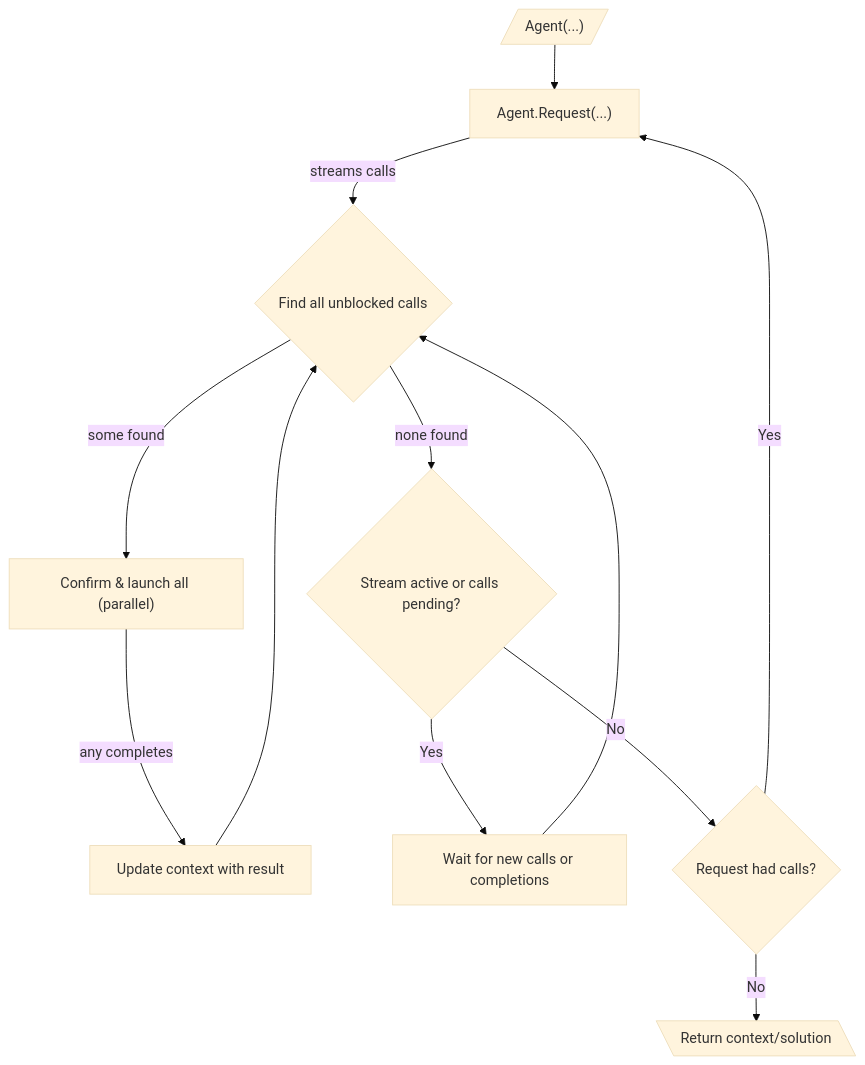
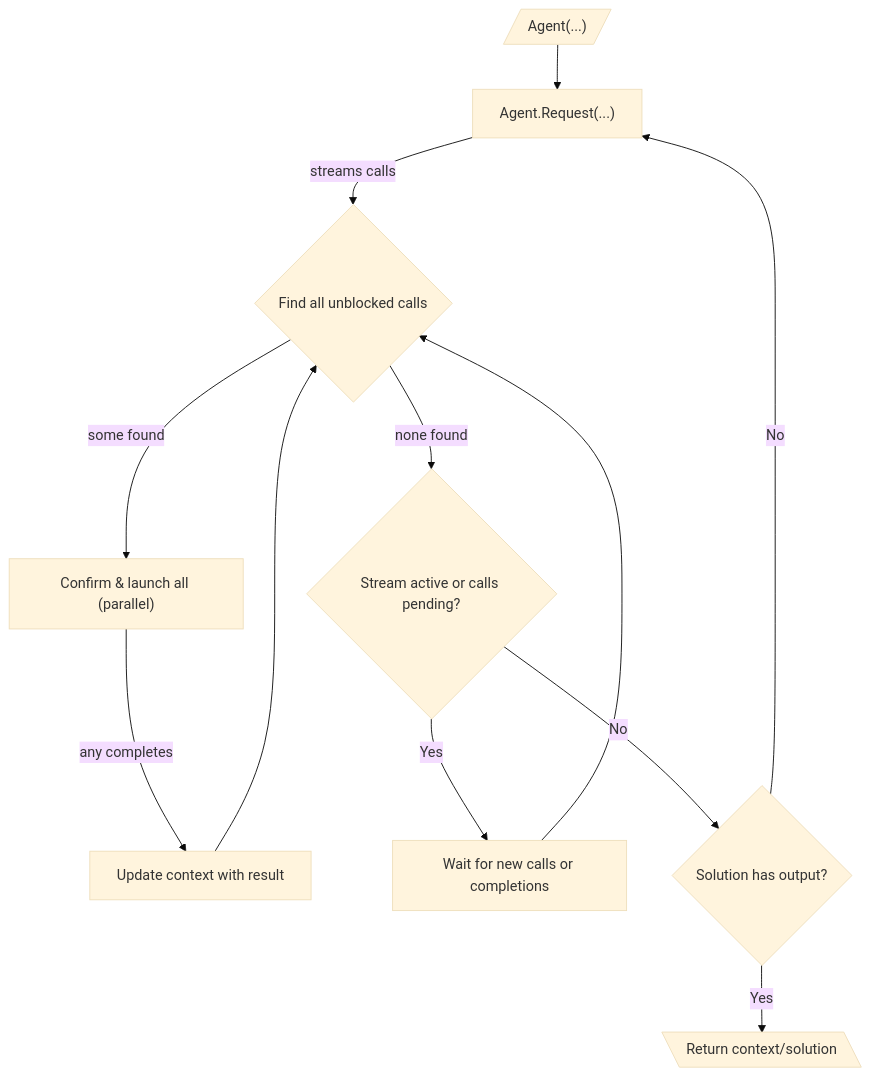
The diagram in acts/010_agent_loop.md (idealic-ai/docs), drawn with Mermaid (base theme) before and after one commit. The commit also changed other lines of this file and 4 other files, not shown here.

````diff
--- a/acts/010_agent_loop.md
+++ b/acts/010_agent_loop.md
@@ -41,17 +41,17 @@
 ```mermaid
 graph TD
     Start[/"Agent(...)"/] --> Request["Agent.Request(...)"];
     Request -- streams calls --> FindUnblocked{"Find all unblocked calls"};
 
     FindUnblocked -- "some found" --> ConfirmAndLaunch["Confirm & launch all (parallel)"];
     ConfirmAndLaunch -- "any completes" --> UpdateContext["Update context with result"];
     UpdateContext --> FindUnblocked;
 
     FindUnblocked -- "none found" --> CheckStreamAndPending{"Stream active or calls pending?"};
     CheckStreamAndPending -- Yes --> Wait["Wait for new calls or completions"];
     Wait --> FindUnblocked;
 
-    CheckStreamAndPending -- No --> CheckTermination{"Request had calls?"};
-    CheckTermination -- Yes --> Request;
-    CheckTermination -- No --> End[\"Return context/solution"\];
+    CheckStreamAndPending -- No --> CheckTermination{"Solution has output?"};
+    CheckTermination -- No --> Request;
+    CheckTermination -- Yes --> End[\"Return context/solution"\];
 ```
````
